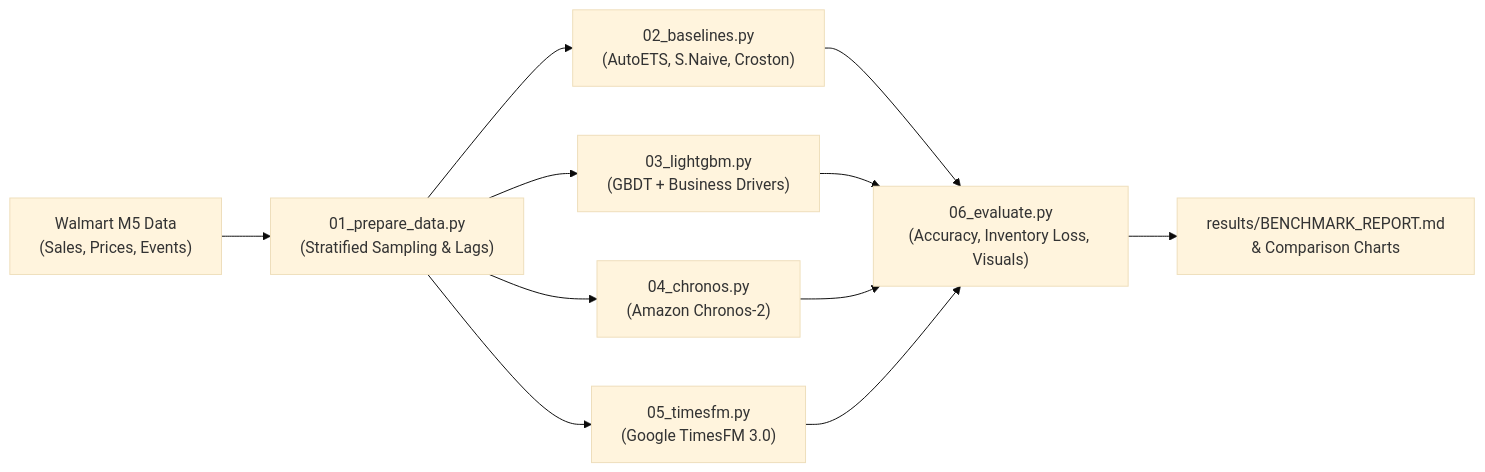
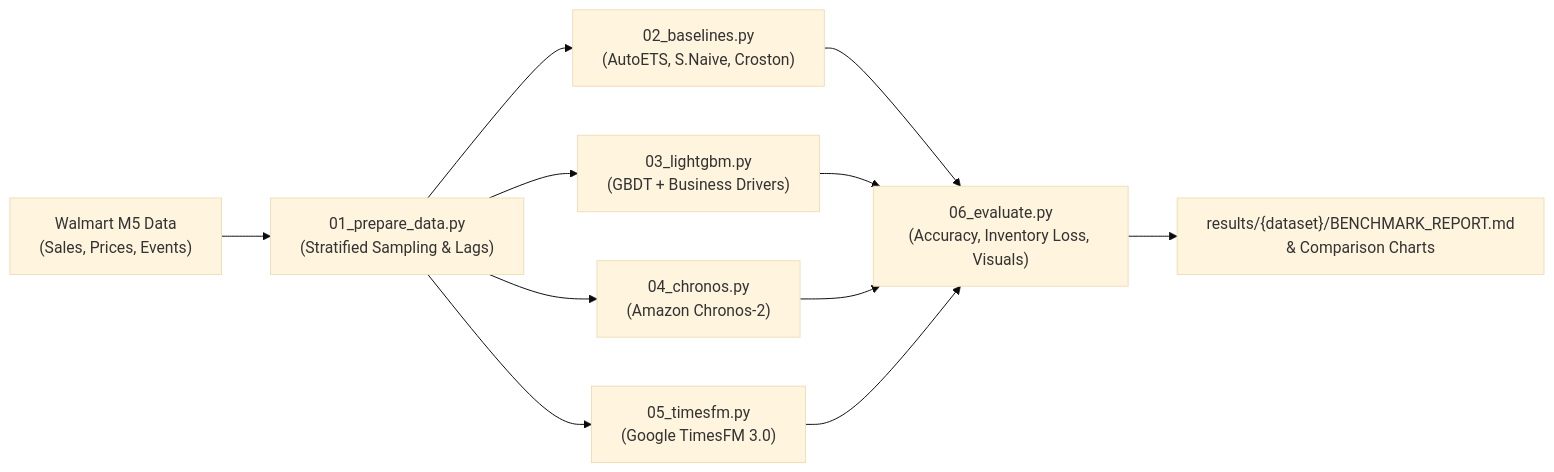
One commit to Ganesh-K-Indium/tsfm-demand-benchmark changed the diagram in README.md. Above: the diagram before and after it, drawn with Mermaid (base theme). The commit also changed other lines of this file and 3 other files, not shown here.

````diff
--- a/README.md
+++ b/README.md
@@ -29,12 +29,12 @@
 ```mermaid
 flowchart LR
     A["Walmart M5 Data\n(Sales, Prices, Events)"] --> B["01_prepare_data.py\n(Stratified Sampling & Lags)"]
     
     B --> C["02_baselines.py\n(AutoETS, S.Naive, Croston)"]
     B --> D["03_lightgbm.py\n(GBDT + Business Drivers)"]
     B --> E["04_chronos.py\n(Amazon Chronos-2)"]
     B --> F["05_timesfm.py\n(Google TimesFM 3.0)"]
     
     C & D & E & F --> G["06_evaluate.py\n(Accuracy, Inventory Loss, Visuals)"]
-    G --> H["results/BENCHMARK_REPORT.md\n& Comparison Charts"]
+    G --> H["results/{dataset}/BENCHMARK_REPORT.md\n& Comparison Charts"]
 ```
````
